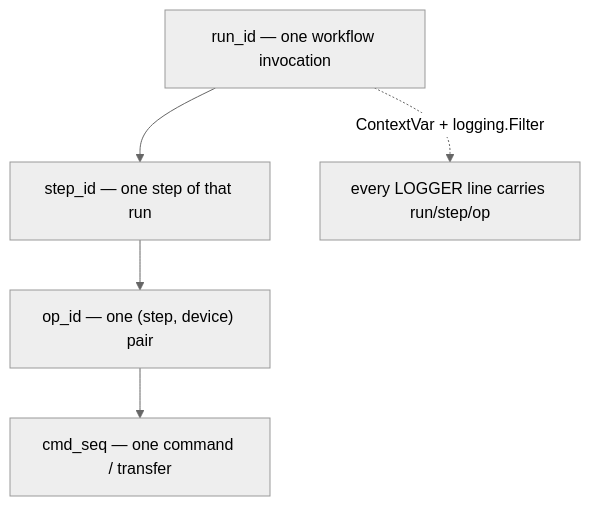
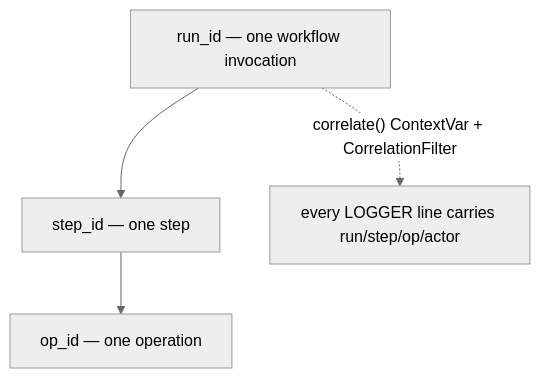
One commit to salvuswarez/fleetctl changed the third of 3 diagrams in docs/observability.md. Above: the diagram before and after it, drawn with Mermaid (neutral theme). The commit also changed other lines of this file and 17 other files, not shown here.

````diff
--- a/docs/observability.md
+++ b/docs/observability.md
@@ -106,8 +80,7 @@
 ```mermaid
 flowchart TB
-    RUN["run_id — one workflow invocation"] --> STP["step_id — one step of that run"]
-    STP --> OP["op_id — one (step, device) pair"]
-    OP --> CMD["cmd_seq — one command / transfer"]
+    RUN["run_id — one workflow invocation"] --> STP["step_id — one step"]
+    STP --> OP["op_id — one operation"]
 
-    RUN -.->|"ContextVar + logging.Filter"| LOGS["every LOGGER line carries run/step/op"]
+    RUN -.->|"correlate() ContextVar + CorrelationFilter"| LOGS["every LOGGER line carries run/step/op/actor"]
 ```
````
